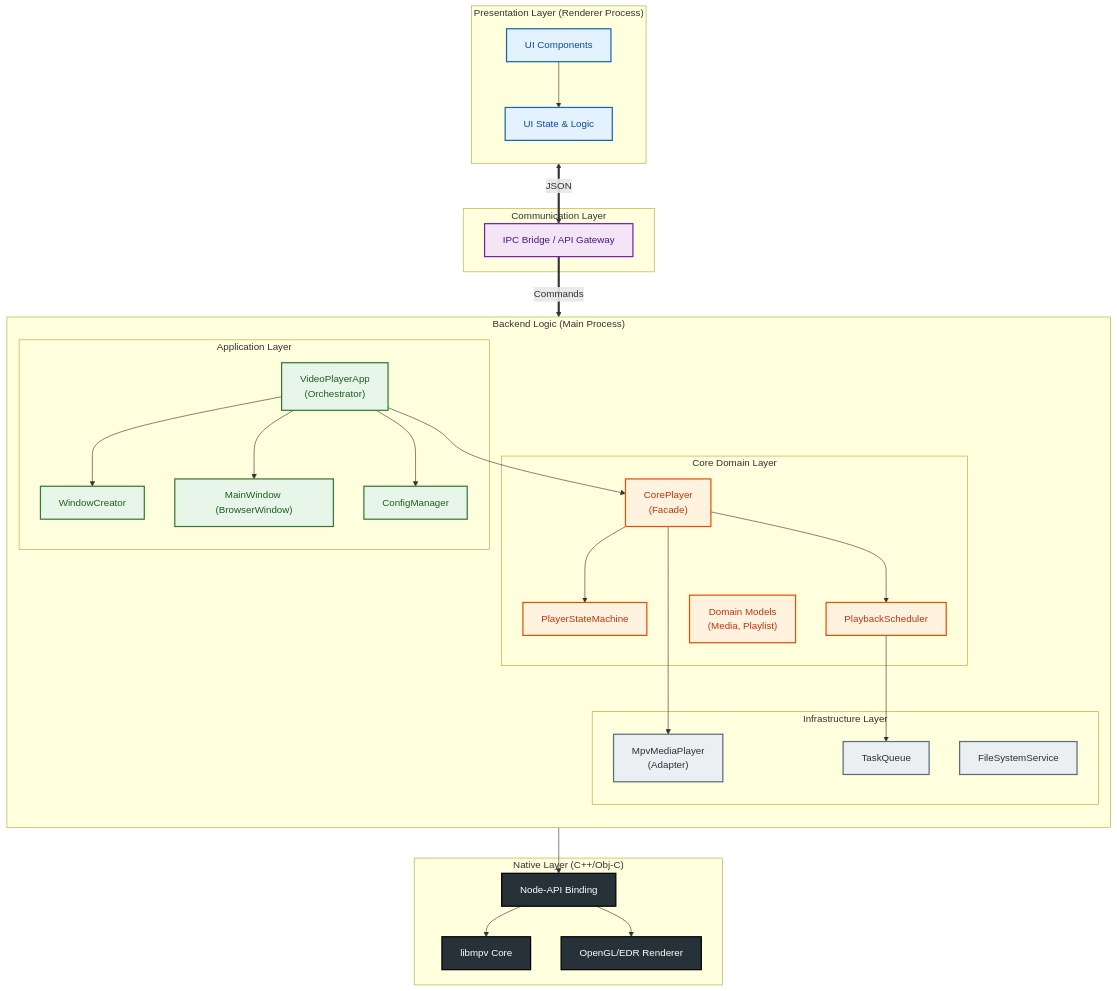
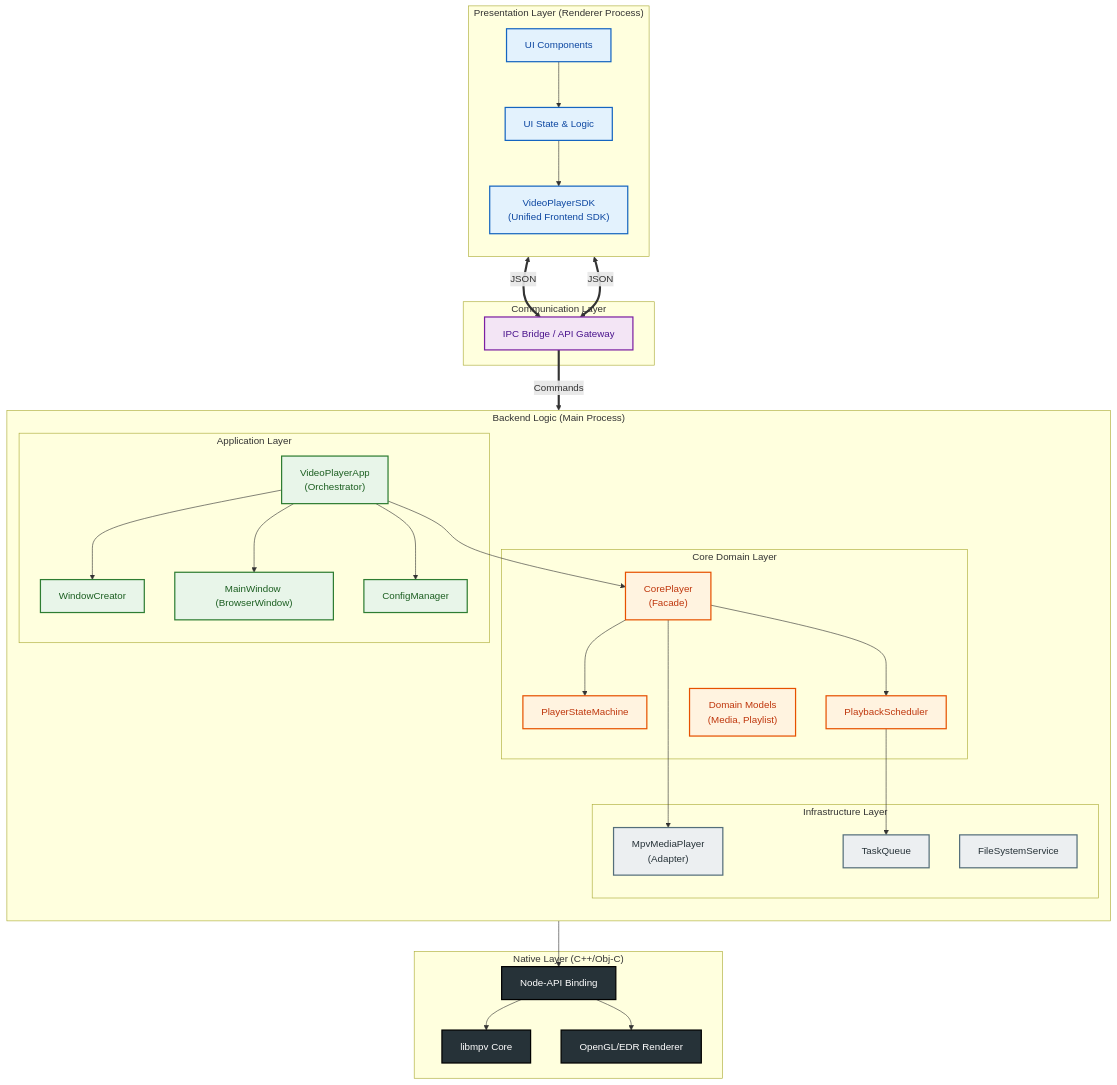
Before and after one commit to Lucas-lgm/lumiere: the first of 12 diagrams in docs/architecture/ARCHITECTURE.md, drawn with Mermaid. The commit also changed other lines of this file and 1 other file, not shown here.

````diff
--- a/docs/architecture/ARCHITECTURE.md
+++ b/docs/architecture/ARCHITECTURE.md
@@ -29,70 +29,73 @@
 ```mermaid
 flowchart TB
     %% Styling
     classDef ui fill:#e3f2fd,stroke:#1565c0,stroke-width:2px,color:#0d47a1
     classDef ipc fill:#f3e5f5,stroke:#7b1fa2,stroke-width:2px,color:#4a148c
     classDef app fill:#e8f5e9,stroke:#2e7d32,stroke-width:2px,color:#1b5e20
     classDef domain fill:#fff3e0,stroke:#e65100,stroke-width:2px,color:#bf360c
     classDef infra fill:#eceff1,stroke:#546e7a,stroke-width:2px,color:#263238
     classDef native fill:#263238,stroke:#000,stroke-width:2px,color:#fff
 
     subgraph UserInterface ["Presentation Layer (Renderer Process)"]
         direction TB
         UI_Vue[UI Components]:::ui
         UI_State[UI State & Logic]:::ui
+        UI_SDK["VideoPlayerSDK<br/>(Unified Frontend SDK)"]:::ui
         UI_Vue --> UI_State
+        UI_State --> UI_SDK
     end
 
     subgraph CommLayer ["Communication Layer"]
         IPC[IPC Bridge / API Gateway]:::ipc
     end
 
     subgraph MainProcess ["Backend Logic (Main Process)"]
         direction TB
         
         subgraph AppLayer ["Application Layer"]
             App_Orch["VideoPlayerApp<br/>(Orchestrator)"]:::app
             App_WCreator[WindowCreator]:::app
             App_Main["MainWindow (BrowserWindow)"]:::app
             App_Config[ConfigManager]:::app
         end
 
         subgraph DomainLayer ["Core Domain Layer"]
             Core_Facade["CorePlayer<br/>(Facade)"]:::domain
             Core_SM[PlayerStateMachine]:::domain
             Core_Sched[PlaybackScheduler]:::domain
             Core_Model["Domain Models<br/>(Media, Playlist)"]:::domain
         end
 
         subgraph InfraLayer ["Infrastructure Layer"]
             Infra_MPV["MpvMediaPlayer<br/>(Adapter)"]:::infra
             Infra_FS[FileSystemService]:::infra
             Infra_Task[TaskQueue]:::infra
         end
     end
 
     subgraph NativeLayer ["Native Layer (C++/Obj-C)"]
         Native_API[Node-API Binding]:::native
         Native_Lib[libmpv Core]:::native
         Native_Render[OpenGL/EDR Renderer]:::native
     end
 
     %% Flows
     UI_State <==>|JSON| IPC
+    UI_SDK <==>|JSON| IPC
     IPC ==>|Commands| App_Orch
     
     App_Orch --> App_WCreator
     App_Orch --> App_Main
     App_Orch --> App_Config
     App_Orch --> Core_Facade
 
     Core_Facade --> Core_SM
     Core_Facade --> Core_Sched
     Core_Facade --> Infra_MPV
 
     Core_Sched --> Infra_Task
     
     Infra_MPV --> Native_API
     Native_API --> Native_Lib
     Native_API --> Native_Render
 ```
````
